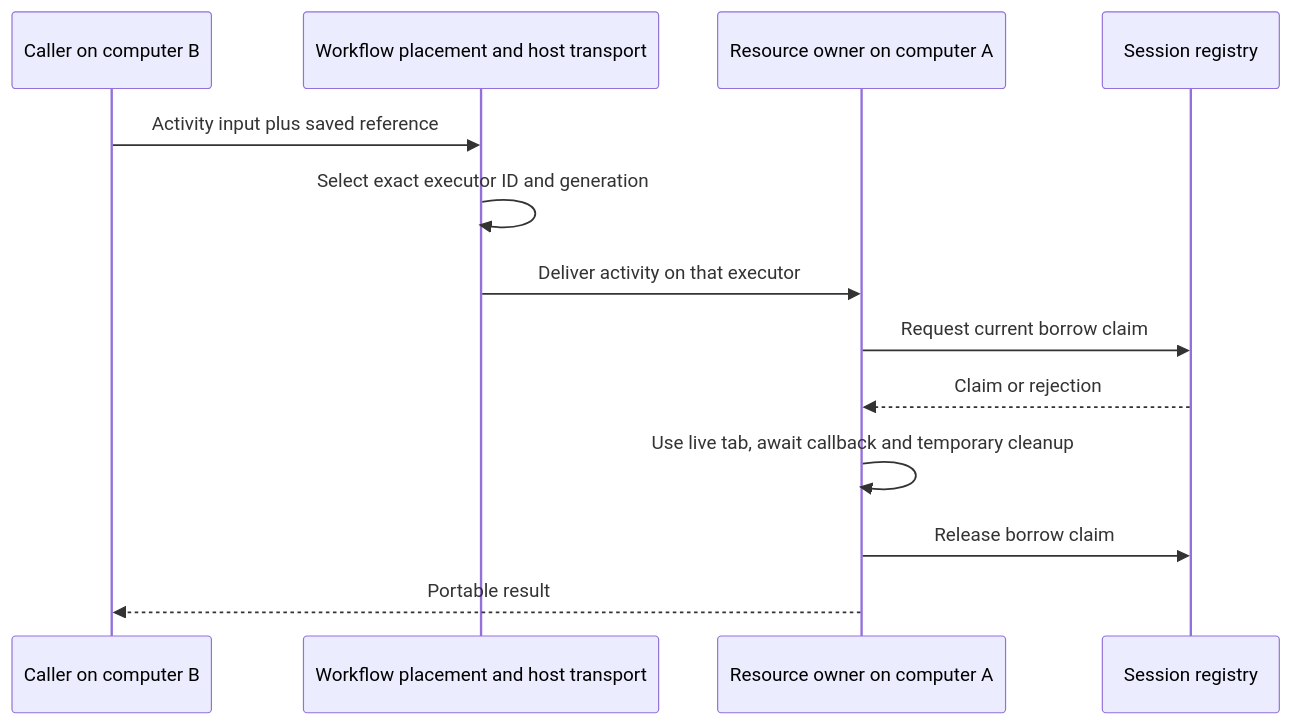
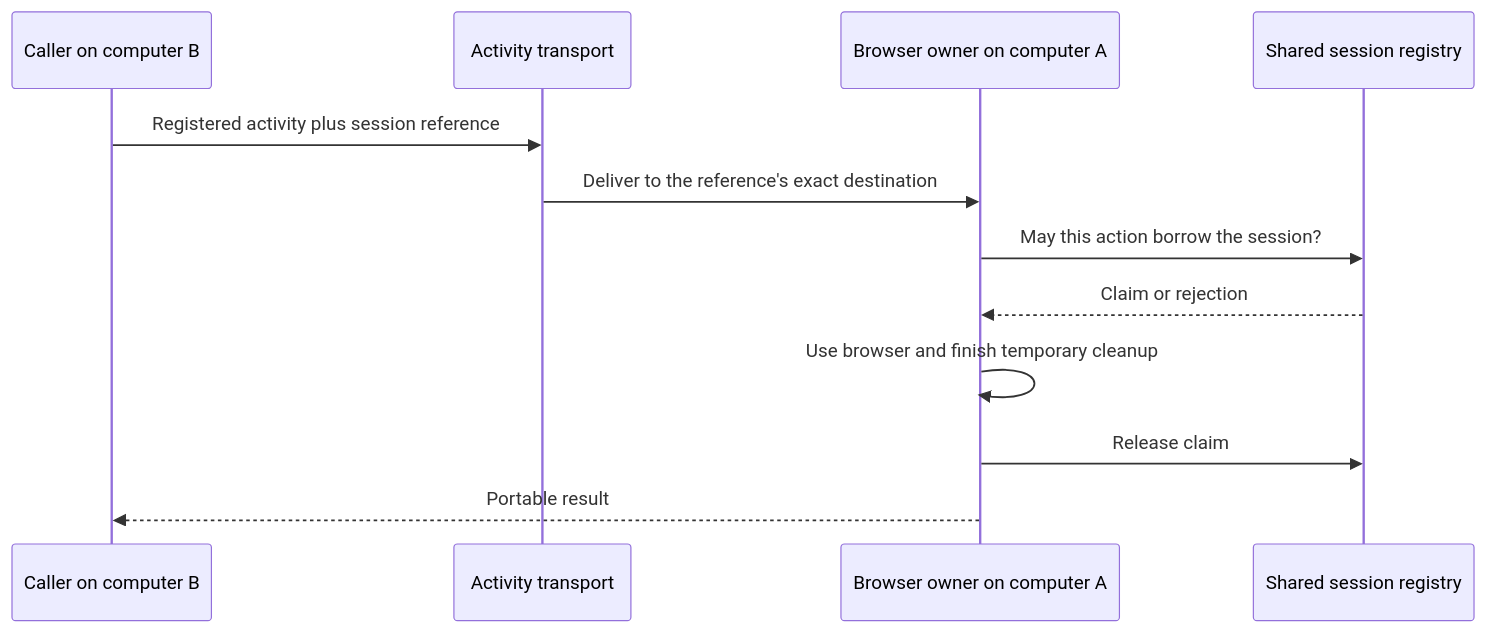
Before and after one commit to okikio/utils: the diagram in docs/workflows/18-sessions.md, drawn with Mermaid. The commit also changed other lines of this file and 20 other files, not shown here.

First line of the commit message:
feat(session): create typed resources with portable host references

````diff
--- a/docs/workflows/18-sessions.md
+++ b/docs/workflows/18-sessions.md
@@ -27,15 +149,14 @@
 ```mermaid
 sequenceDiagram
     participant B as Caller on computer B
-    participant Route as Workflow placement and host transport
-    participant A as Resource owner on computer A
-    participant DB as Session registry
-    B->>Route: Activity input plus saved reference
-    Route->>Route: Select exact executor ID and generation
-    Route->>A: Deliver activity on that executor
-    A->>DB: Request current borrow claim
+    participant Route as Activity transport
+    participant A as Browser owner on computer A
+    participant DB as Shared session registry
+    B->>Route: Registered activity plus session reference
+    Route->>A: Deliver to the reference's exact destination
+    A->>DB: May this action borrow the session?
     DB-->>A: Claim or rejection
-    A->>A: Use live tab, await callback and temporary cleanup
-    A->>DB: Release borrow claim
+    A->>A: Use browser and finish temporary cleanup
+    A->>DB: Release claim
     A-->>B: Portable result
 ```
````
